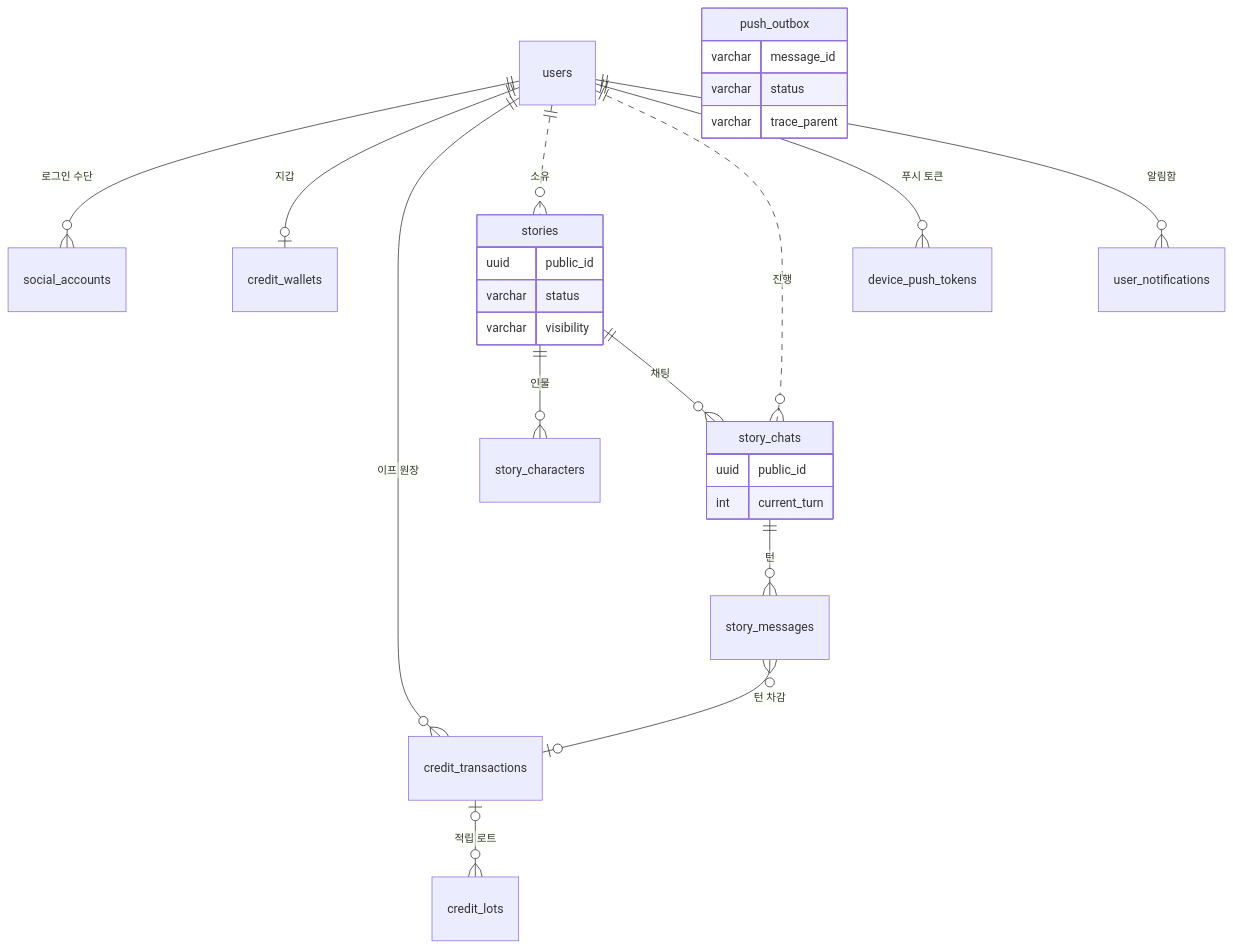
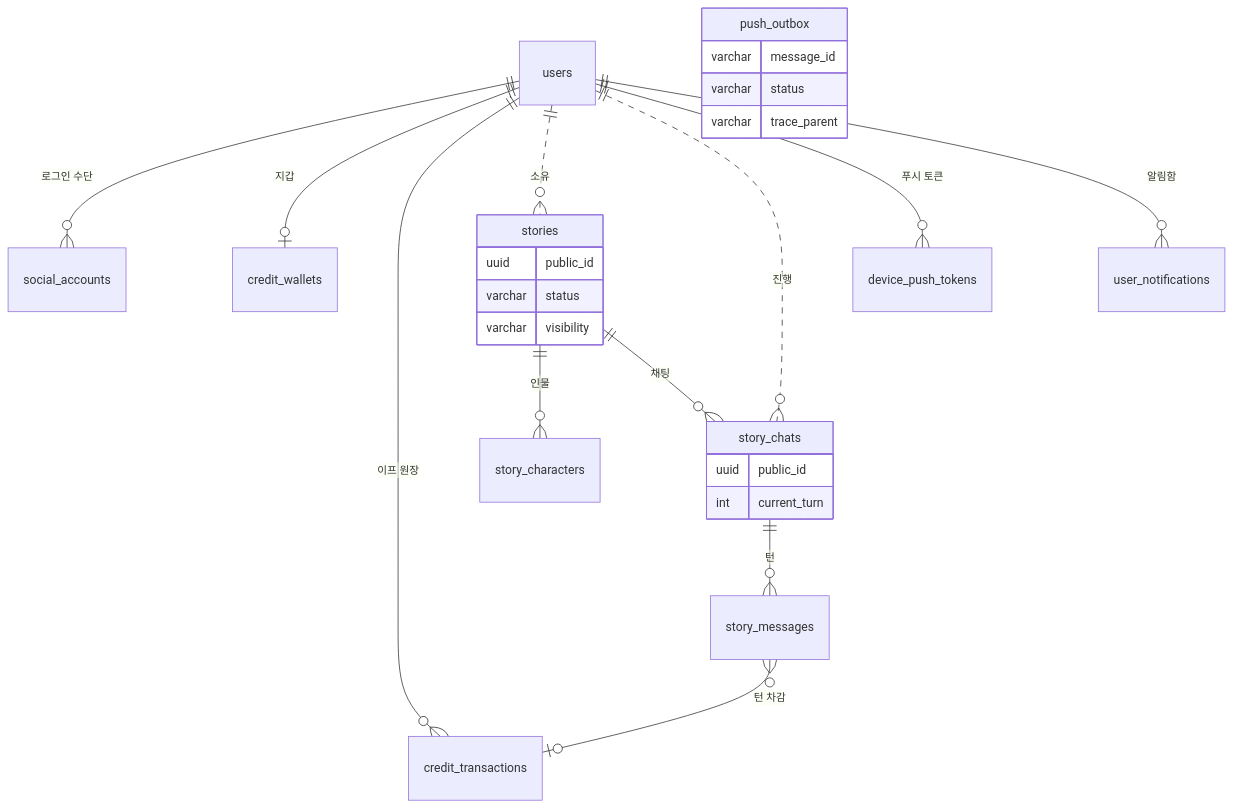
Before and after one commit to KIM-N-KANG/manyak-server: the third of 9 diagrams in README.md, drawn with Mermaid. The commit also changed other lines of this file, not shown here.

````diff
--- a/README.md
+++ b/README.md
@@ -234,30 +234,29 @@
 ```mermaid
 erDiagram
     users ||--o{ social_accounts : "로그인 수단"
     users ||--o| credit_wallets : "지갑"
     users ||--o{ credit_transactions : "이프 원장"
-    credit_transactions |o--o{ credit_lots : "적립 로트"
     users ||..o{ stories : "소유"
     stories ||--o{ story_characters : "인물"
     stories ||--o{ story_chats : "채팅"
     users ||..o{ story_chats : "진행"
     story_chats ||--o{ story_messages : "턴"
     story_messages }o--o| credit_transactions : "턴 차감"
     users ||--o{ device_push_tokens : "푸시 토큰"
     users ||--o{ user_notifications : "알림함"
 
     stories {
         uuid public_id
         varchar status
         varchar visibility
     }
     story_chats {
         uuid public_id
         int current_turn
     }
     push_outbox {
         varchar message_id
         varchar status
         varchar trace_parent
     }
 ```
````
